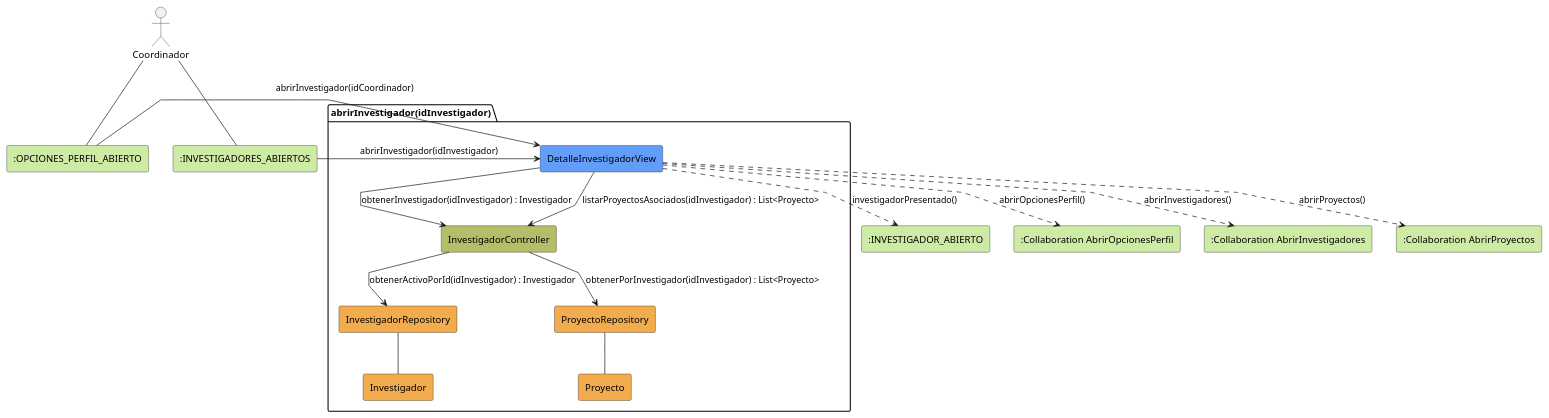
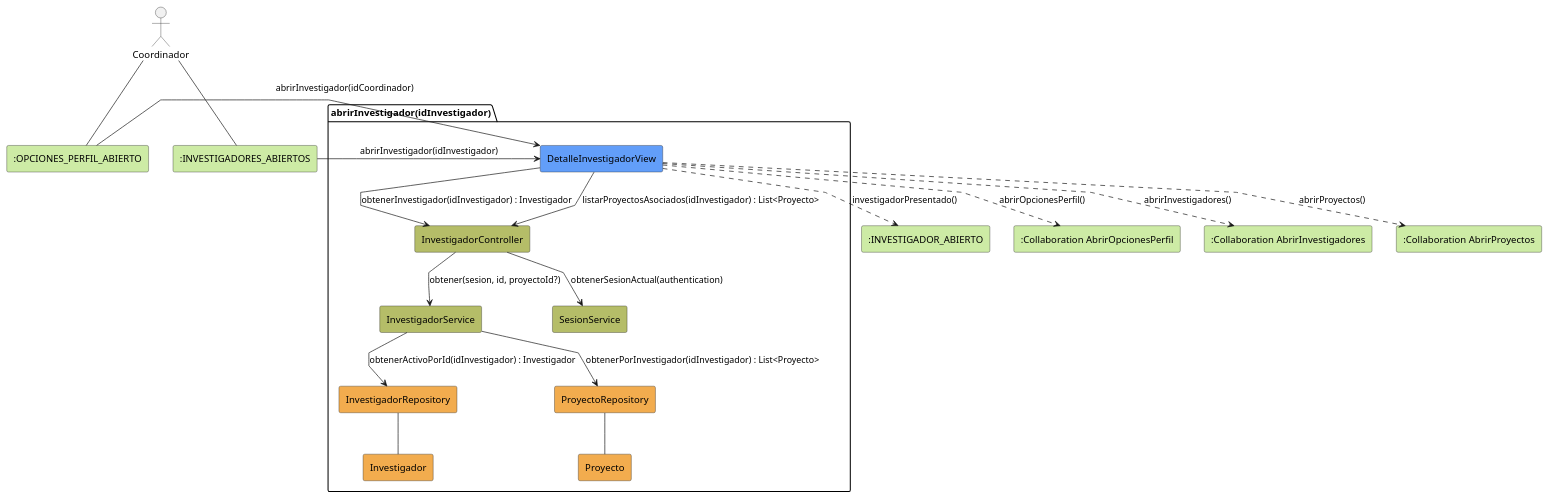
The diagram in RUP/01-analisis/casos-uso/coordinador/abrirInvestigador/colaboracion.puml (beatriizorozco/25-26-idsw2-sdVC), drawn with PlantUML before and after one commit. The commit also changed 71 other files, not shown here.

```diff
--- a/RUP/01-analisis/casos-uso/coordinador/abrirInvestigador/colaboracion.puml
+++ b/RUP/01-analisis/casos-uso/coordinador/abrirInvestigador/colaboracion.puml
@@ -1,34 +1,38 @@
 @startuml abrirInvestigador-analisis
 skinparam linetype polyline
 
 actor Coordinador
 rectangle #CDEBA5 ":OPCIONES_PERFIL_ABIERTO" as PerfilAbierto
 rectangle #CDEBA5 ":INVESTIGADORES_ABIERTOS" as InvestigadoresAbiertos
 package abrirInvestigador as "abrirInvestigador(idInvestigador)" {
     rectangle #629EF9 DetalleInvestigadorView
     rectangle #b5bd68 InvestigadorController
+    rectangle #b5bd68 InvestigadorService
+    rectangle #b5bd68 SesionService
     rectangle #F2AC4E InvestigadorRepository
     rectangle #F2AC4E ProyectoRepository
     rectangle #F2AC4E Investigador
     rectangle #F2AC4E Proyecto
 }
 rectangle #CDEBA5 ":INVESTIGADOR_ABIERTO" as InvestigadorAbierto
 rectangle #CDEBA5 ":Collaboration AbrirOpcionesPerfil" as AbrirPerfil
 rectangle #CDEBA5 ":Collaboration AbrirInvestigadores" as AbrirInvestigadores
 rectangle #CDEBA5 ":Collaboration AbrirProyectos" as AbrirProyectos
 
 Coordinador -- PerfilAbierto
 Coordinador -- InvestigadoresAbiertos
 PerfilAbierto -r-> DetalleInvestigadorView: abrirInvestigador(idCoordinador)
 InvestigadoresAbiertos -r-> DetalleInvestigadorView: abrirInvestigador(idInvestigador)
 DetalleInvestigadorView -d-> InvestigadorController: obtenerInvestigador(idInvestigador) : Investigador
-InvestigadorController --> InvestigadorRepository: obtenerActivoPorId(idInvestigador) : Investigador
+InvestigadorController --> InvestigadorService: obtener(sesion, id, proyectoId?)
+InvestigadorController --> SesionService: obtenerSesionActual(authentication)
+InvestigadorService --> InvestigadorRepository: obtenerActivoPorId(idInvestigador) : Investigador
 DetalleInvestigadorView --> InvestigadorController: listarProyectosAsociados(idInvestigador) : List<Proyecto>
-InvestigadorController --> ProyectoRepository: obtenerPorInvestigador(idInvestigador) : List<Proyecto>
+InvestigadorService --> ProyectoRepository: obtenerPorInvestigador(idInvestigador) : List<Proyecto>
 InvestigadorRepository -- Investigador
 ProyectoRepository -- Proyecto
 DetalleInvestigadorView ..> InvestigadorAbierto: investigadorPresentado()
 DetalleInvestigadorView ..> AbrirPerfil: abrirOpcionesPerfil()
 DetalleInvestigadorView ..> AbrirInvestigadores: abrirInvestigadores()
 DetalleInvestigadorView ..> AbrirProyectos: abrirProyectos()
 @enduml
```
